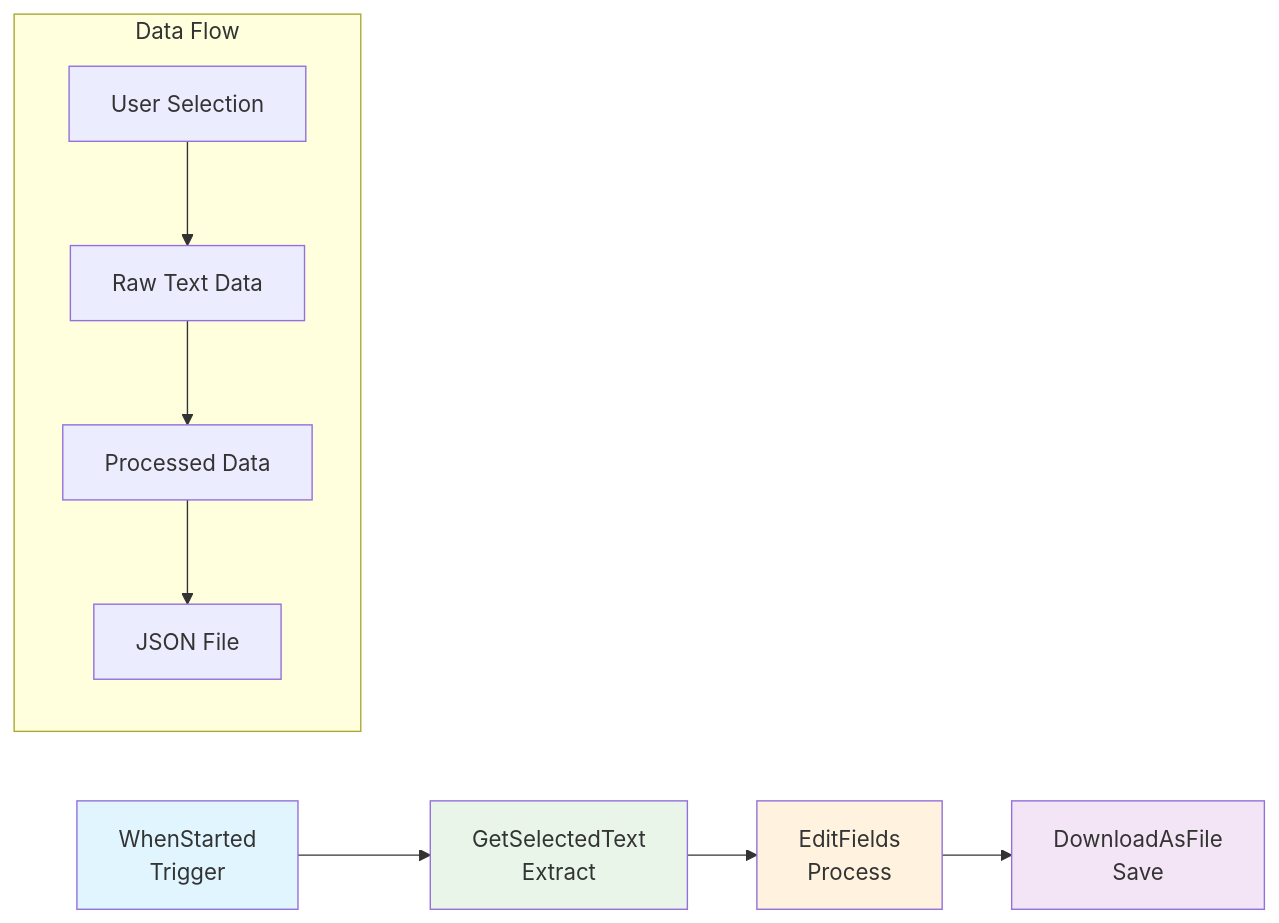
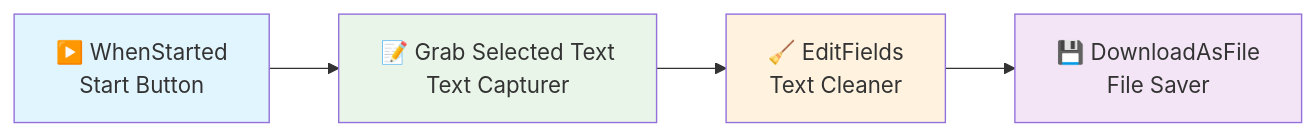
One commit to agentic-com/Agentic-Flow-Doc changed the third of 3 diagrams in src/content/docs/learning/text-courses/beginner/first-workflow.md. Above: the diagram before and after it, drawn with Mermaid. The commit also changed other lines of this file and 4 other files, not shown here.

````diff
--- a/src/content/docs/learning/text-courses/beginner/first-workflow.md
+++ b/src/content/docs/learning/text-courses/beginner/first-workflow.md
@@ -201,17 +232,11 @@
 ```mermaid
 graph LR
-    A[WhenStarted<br/>Trigger] --> B[GetSelectedText<br/>Extract]
-    B --> C[EditFields<br/>Process]
-    C --> D[DownloadAsFile<br/>Save]
-    
-    subgraph "Data Flow"
-        E[User Selection] --> F[Raw Text Data]
-        F --> G[Processed Data]
-        G --> H[JSON File]
-    end
+    A[▶️ WhenStarted<br/>Start Button] --> B[📝 Grab Selected Text<br/>Text Capturer]
+    B --> C[🧹 EditFields<br/>Text Cleaner]
+    C --> D[💾 DownloadAsFile<br/>File Saver]
     
     style A fill:#e1f5fe
     style B fill:#e8f5e8
     style C fill:#fff3e0
     style D fill:#f3e5f5
 ```
````
